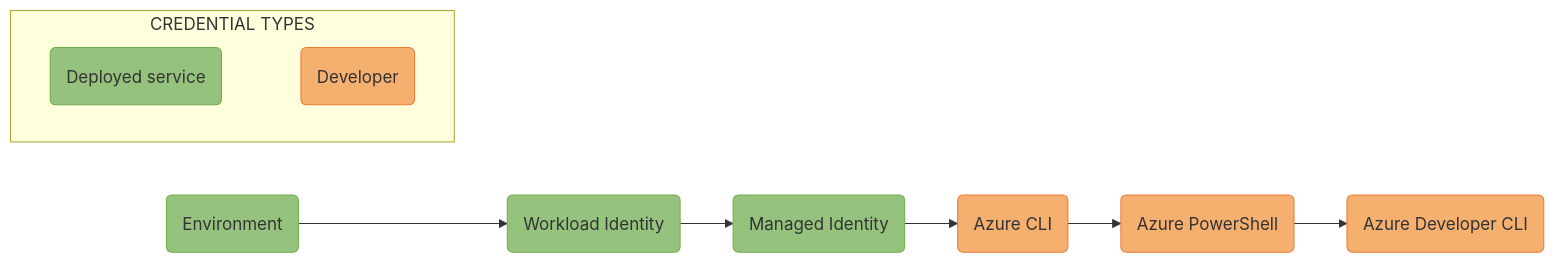
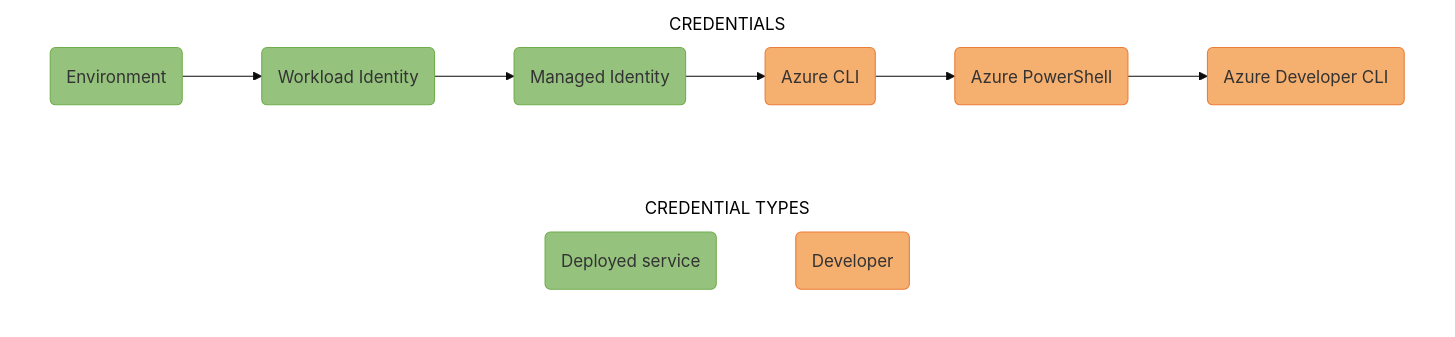
One commit to Azure/azure-sdk-for-js changed the diagram in sdk/identity/identity/images/mermaidjs/DefaultAzureCredentialAuthFlow.md. Above: the diagram before and after it, drawn with Mermaid. The commit also changed 1 other file, not shown here.

Commit message:
Reformat DefaultAzureCredential flow chart

````diff
--- a/sdk/identity/identity/images/mermaidjs/DefaultAzureCredentialAuthFlow.md
+++ b/sdk/identity/identity/images/mermaidjs/DefaultAzureCredentialAuthFlow.md
@@ -1,27 +1,40 @@
 ```mermaid
 %% STEPS TO GENERATE IMAGE
 %% =======================
-%% 1. Install mermaid CLI (see https://github.com/mermaid-js/mermaid-cli/blob/master/README.md)
-%%    v10.0.2 is known good for our process. npm install -g @mermaid-js/mermaid-cli@10.0.2
+%% 1. Install mermaid CLI v10.9.1 (see https://github.com/mermaid-js/mermaid-cli/blob/master/README.md):
+%%    npm i -g @mermaid-js/mermaid-cli@10.9.1
 %% 2. Run command: mmdc -i DefaultAzureCredentialAuthFlow.md -o DefaultAzureCredentialAuthFlow.svg
 
+%%{
+  init: {
+    'theme': 'base',
+    'themeVariables': {
+      'tertiaryBorderColor': '#fff',
+      'tertiaryColor': '#fff'
+    }
+  }
+}%%
+
 flowchart LR;
-    A(Environment):::deployed --> B(Workload Identity):::deployed --> C(Managed Identity):::deployed --> D(Azure CLI):::developer --> E(Azure PowerShell):::developer --> F(Azure Developer CLI):::developer;
-
     subgraph CREDENTIAL TYPES;
         direction LR;
         Deployed(Deployed service):::deployed ~~~ Developer(Developer):::developer;
+    end;
+
+    subgraph CREDENTIALS;
+        direction LR;
+        A(Environment):::deployed --> B(Workload Identity):::deployed --> C(Managed Identity):::deployed --> D(Azure CLI):::developer --> E(Azure PowerShell):::developer --> F(Azure Developer CLI):::developer;
     end;
 
     %% Define styles for credential type boxes
     classDef deployed fill:#95C37E, stroke:#71AD4C;
     classDef developer fill:#F5AF6F, stroke:#EB7C39;
 
     %% Add API ref links to credential type boxes
     click A "https://learn.microsoft.com/javascript/api/@azure/identity/environmentcredential?view=azure-node-latest" _blank;
     click B "https://learn.microsoft.com/javascript/api/@azure/identity/workloadidentitycredential?view=azure-node-latest" _blank;
     click C "https://learn.microsoft.com/javascript/api/@azure/identity/managedidentitycredential?view=azure-node-latest" _blank;
     click D "https://learn.microsoft.com/javascript/api/@azure/identity/azureclicredential?view=azure-node-latest" _blank;
     click E "https://learn.microsoft.com/javascript/api/@azure/identity/azurepowershellcredential?view=azure-node-latest" _blank;
     click F "https://learn.microsoft.com/javascript/api/@azure/identity/azuredeveloperclicredential?view=azure-node-latest" _blank;
 ```
````
